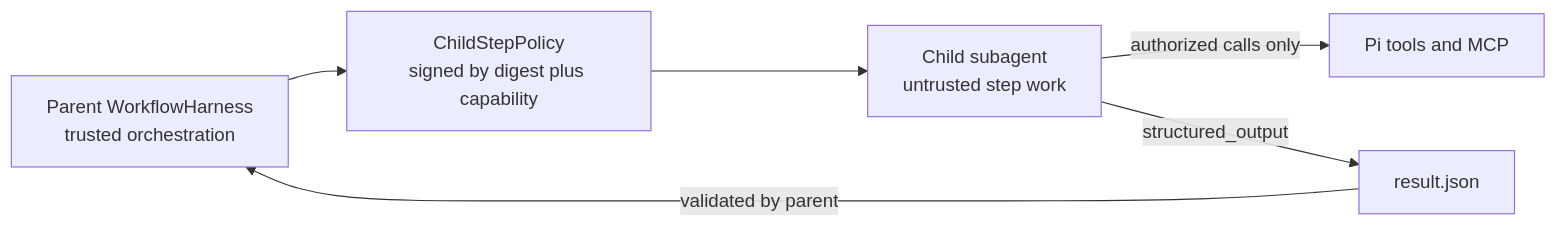
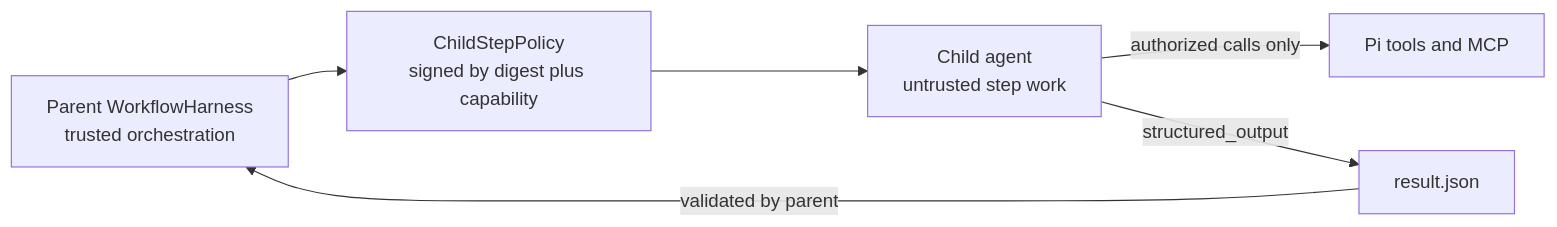
Before and after one commit to wichayutdew/pi-workflows: the first of 7 diagrams in openwiki/security/policy-model.md, drawn with Mermaid. The commit also changed other lines of this file and 66 other files, not shown here.

Commit message:
fix: rename subagent to agent (#45)

````diff
--- a/openwiki/security/policy-model.md
+++ b/openwiki/security/policy-model.md
@@ -10,14 +10,14 @@
 ```mermaid
 flowchart LR
   Parent[Parent WorkflowHarness<br/>trusted orchestration]
   Policy[ChildStepPolicy<br/>signed by digest plus capability]
-  Child[Child subagent<br/>untrusted step work]
+  Child[Child agent<br/>untrusted step work]
   Tools[Pi tools and MCP]
   Result[result.json]
 
   Parent --> Policy
   Policy --> Child
   Child -->|authorized calls only| Tools
   Child -->|structured_output| Result
   Result -->|validated by parent| Parent
 ```
````
